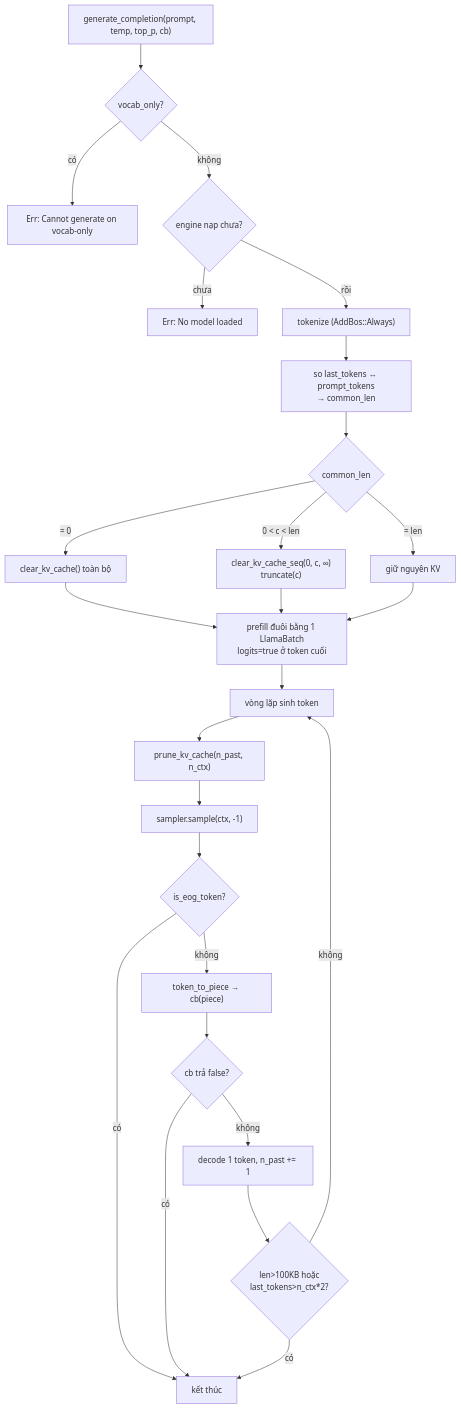
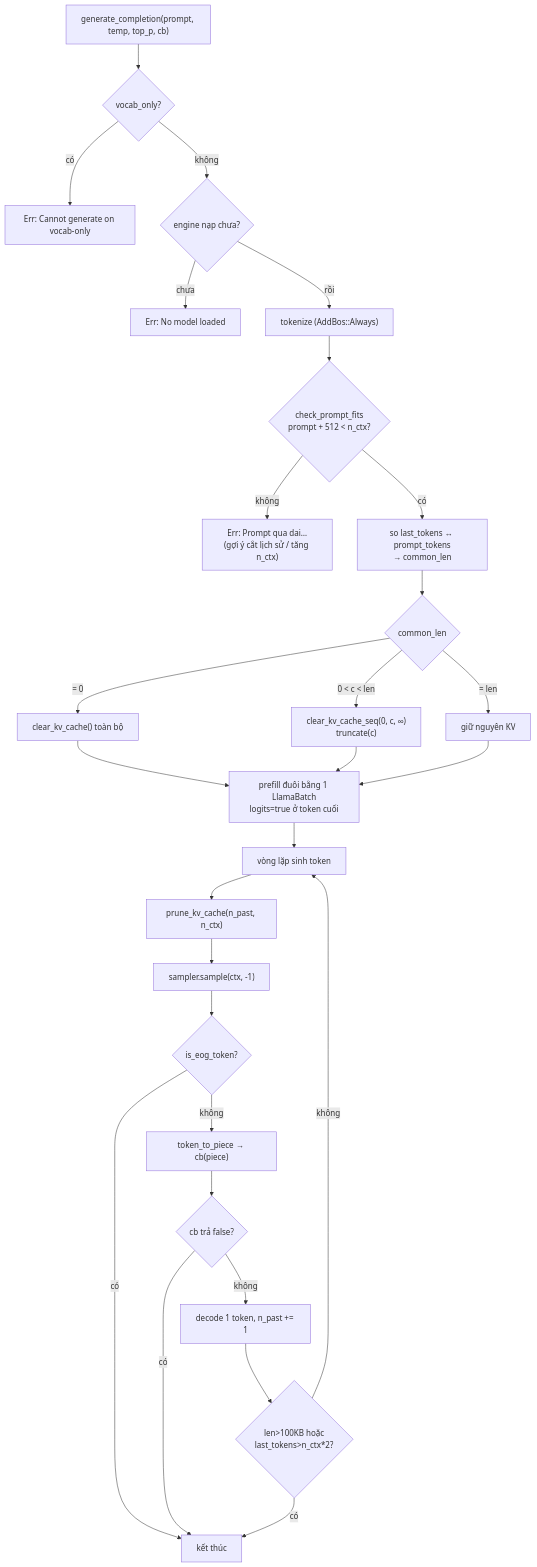
One commit to DuongNAD/LIVA changed the third of 5 diagrams in docs/01-ban-ve/04-he-llm-va-prompt.md. Above: the diagram before and after it, drawn with Mermaid. The commit also changed other lines of this file and 11 other files, not shown here.

````diff
--- a/docs/01-ban-ve/04-he-llm-va-prompt.md
+++ b/docs/01-ban-ve/04-he-llm-va-prompt.md
@@ -463,28 +466,30 @@
 ```mermaid
 flowchart TD
     A["generate_completion(prompt, temp, top_p, cb)"] --> B{"vocab_only?"}
     B -- có --> Z1["Err: Cannot generate on vocab-only"]
     B -- không --> C{"engine nạp chưa?"}
     C -- chưa --> Z2["Err: No model loaded"]
     C -- rồi --> D["tokenize (AddBos::Always)"]
-    D --> E["so last_tokens ↔ prompt_tokens<br/>→ common_len"]
+    D --> D2{"check_prompt_fits<br/>prompt + 512 &lt; n_ctx?"}
+    D2 -- không --> Z3["Err: Prompt qua dai…<br/>(gợi ý cắt lịch sử / tăng n_ctx)"]
+    D2 -- có --> E["so last_tokens ↔ prompt_tokens<br/>→ common_len"]
     E --> F{"common_len"}
     F -- "= 0" --> G["clear_kv_cache() toàn bộ"]
     F -- "0 &lt; c &lt; len" --> H["clear_kv_cache_seq(0, c, ∞)<br/>truncate(c)"]
     F -- "= len" --> I["giữ nguyên KV"]
     G --> J["prefill đuôi bằng 1 LlamaBatch<br/>logits=true ở token cuối"]
     H --> J
     I --> J
     J --> K["vòng lặp sinh token"]
     K --> L["prune_kv_cache(n_past, n_ctx)"]
     L --> M["sampler.sample(ctx, -1)"]
     M --> N{"is_eog_token?"}
     N -- có --> Y["kết thúc"]
     N -- không --> O["token_to_piece → cb(piece)"]
     O --> P{"cb trả false?"}
     P -- có --> Y
     P -- không --> Q["decode 1 token, n_past += 1"]
     Q --> R{"len&gt;100KB hoặc<br/>last_tokens&gt;n_ctx*2?"}
     R -- có --> Y
     R -- không --> K
 ```
````
